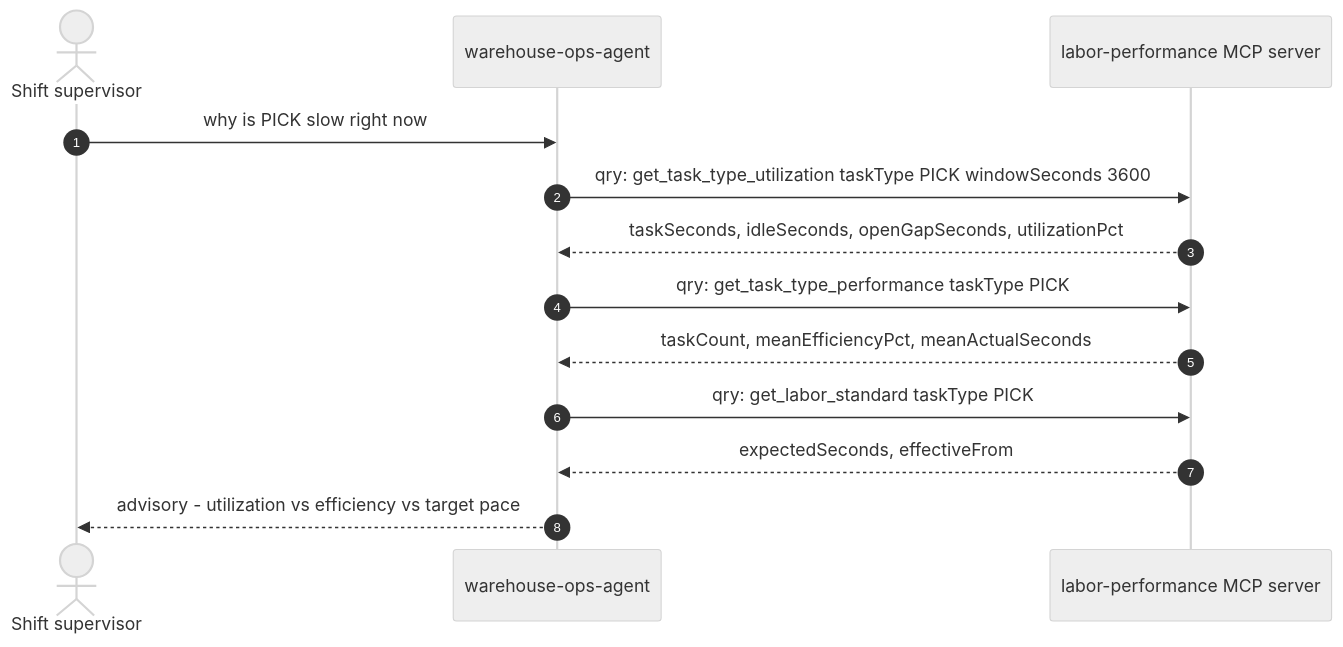
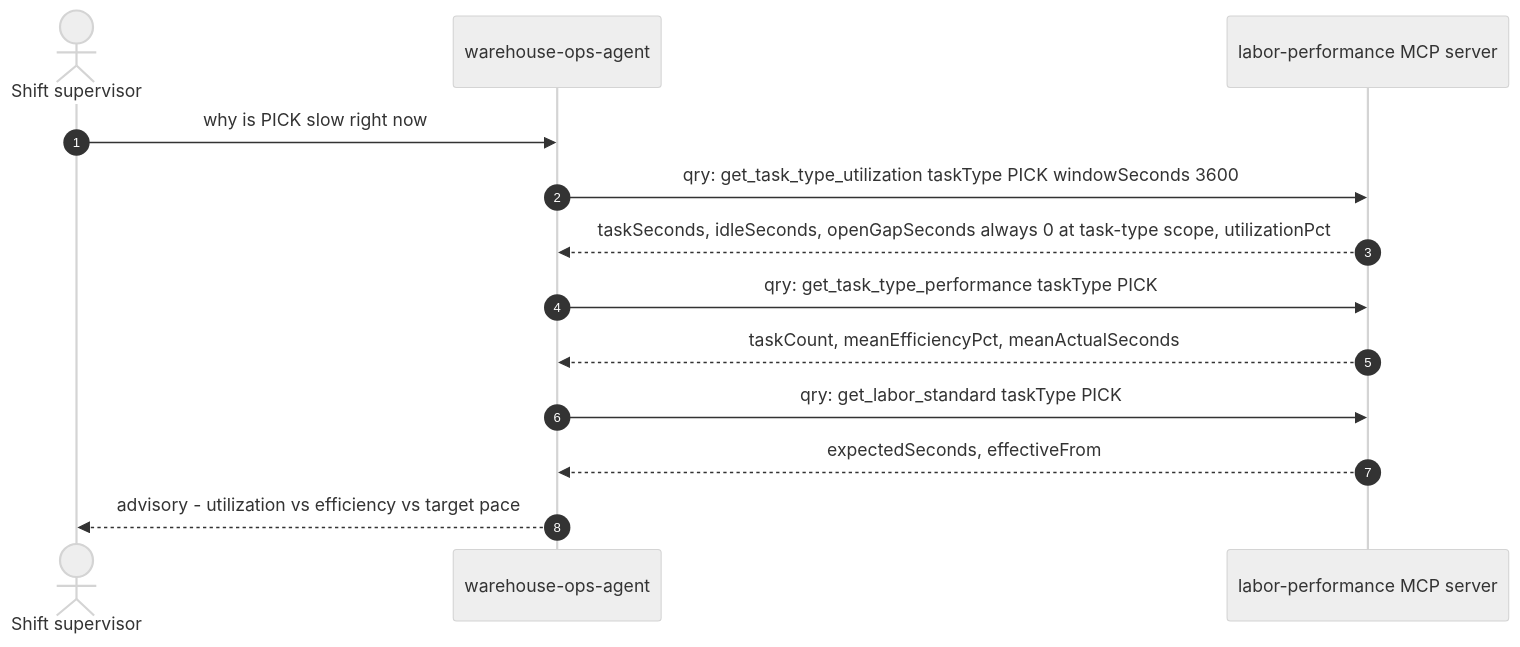
The third of 4 diagrams in docs/docs/ddd/domain-message-flow.md (IQVO/labor-performance), drawn with Mermaid (neutral theme) before and after one commit. The commit also changed 6 other files, not shown here.

First line of the commit message:
docs: record the task-type open-gap decision (audit decisions 2026-10-06) (#125)

````diff
--- a/docs/docs/ddd/domain-message-flow.md
+++ b/docs/docs/ddd/domain-message-flow.md
@@ -71,15 +71,15 @@
 ```mermaid
 sequenceDiagram
     autonumber
     actor Sup as Shift supervisor
     participant AG as warehouse-ops-agent
     participant MCP as labor-performance MCP server
     Sup->>AG: why is PICK slow right now
     AG->>MCP: qry: get_task_type_utilization taskType PICK windowSeconds 3600
-    MCP-->>AG: taskSeconds, idleSeconds, openGapSeconds, utilizationPct
+    MCP-->>AG: taskSeconds, idleSeconds, openGapSeconds always 0 at task-type scope, utilizationPct
     AG->>MCP: qry: get_task_type_performance taskType PICK
     MCP-->>AG: taskCount, meanEfficiencyPct, meanActualSeconds
     AG->>MCP: qry: get_labor_standard taskType PICK
     MCP-->>AG: expectedSeconds, effectiveFrom
     AG-->>Sup: advisory - utilization vs efficiency vs target pace
 ```
````
